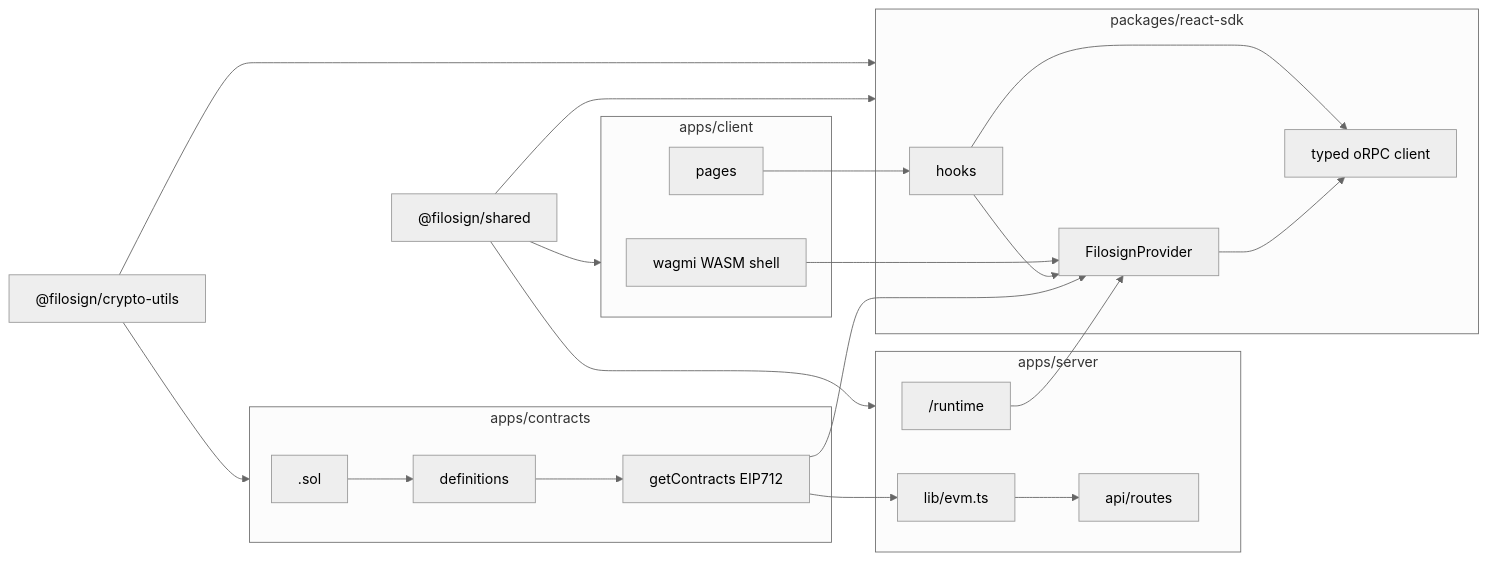
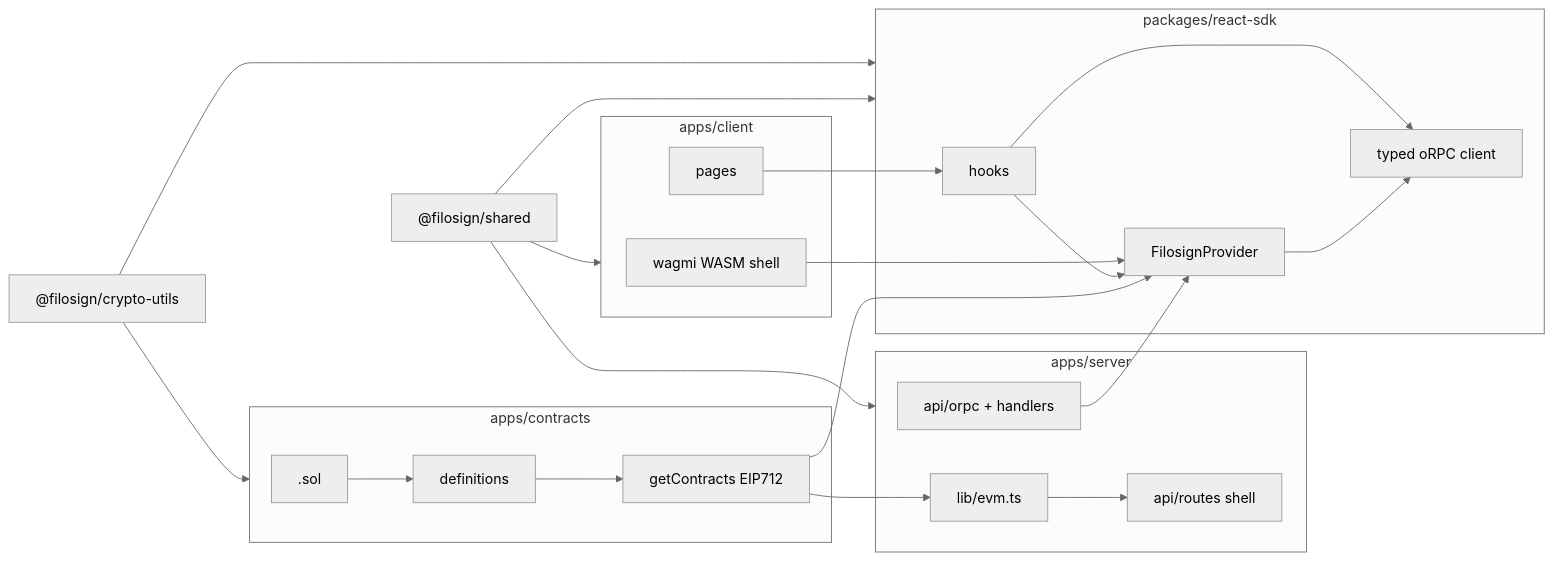
The diagram in AGENTS.md (hetairoi-labs/filosign), drawn with Mermaid (neutral theme) before and after one commit. The commit also changed other lines of this file and 2 other files, not shown here.

Commit message:
[ORPC MIGRATION] - Private storage docs (repo): AGENTS fetch carve-out + storage notes, api-routes.mdc TanStack/storage, server README object storage/CORS.

````diff
--- a/AGENTS.md
+++ b/AGENTS.md
@@ -34,35 +34,35 @@
 ```mermaid
 flowchart LR
   subgraph c [apps/contracts]
     S[.sol] --> D[definitions]
     D --> G[getContracts EIP712]
   end
   subgraph sv [apps/server]
-    R["/runtime"]
+    O[api/orpc + handlers]
     E[lib/evm.ts]
-    Rt[api/routes]
+    Rt[api/routes shell]
   end
   subgraph sdk [packages/react-sdk]
     P[FilosignProvider]
     rpc[typed oRPC client]
     H[hooks]
   end
   subgraph cl [apps/client]
     W[wagmi WASM shell]
     PG[pages]
   end
   G --> E
   G --> P
-  R --> P
+  O --> P
   E --> Rt
   P --> rpc
   H --> rpc
   H --> P
   W --> P
   PG --> H
   sh["@filosign/shared"] --> sv
   sh --> sdk
   sh --> cl
   cr["@filosign/crypto-utils"] --> sdk
   cr --> c
 ```
````
